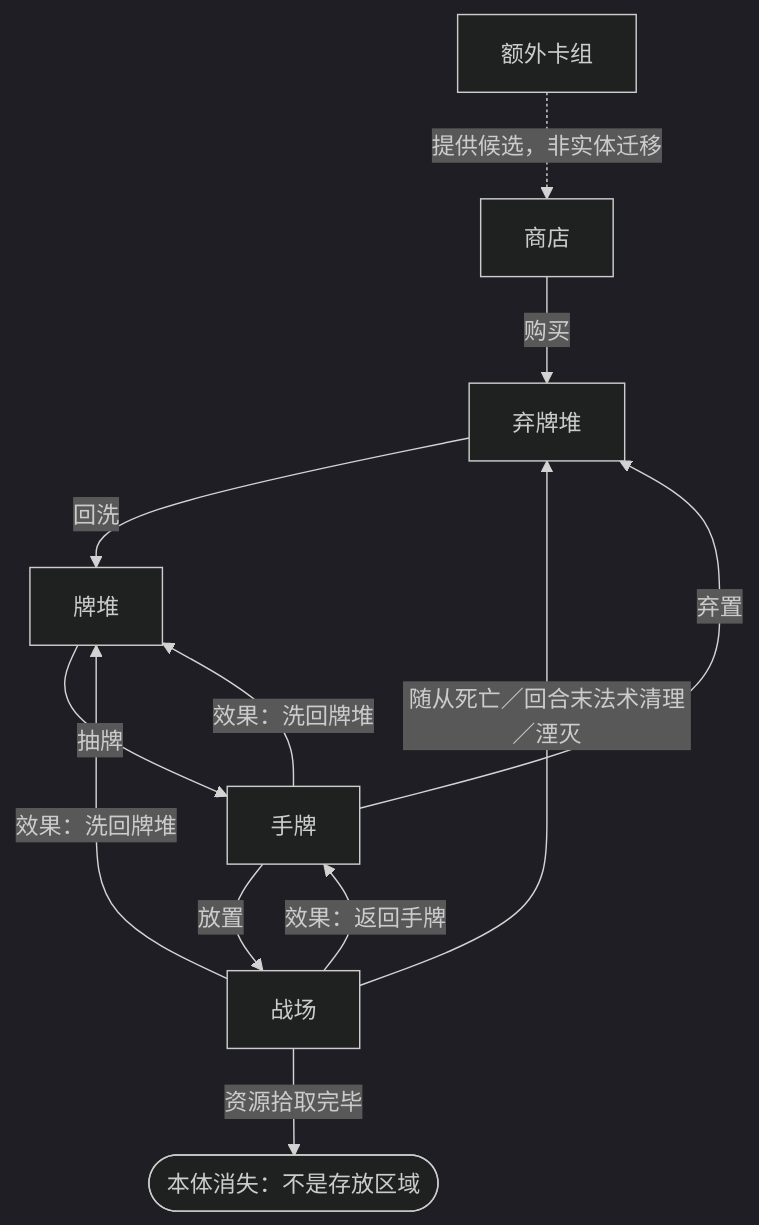
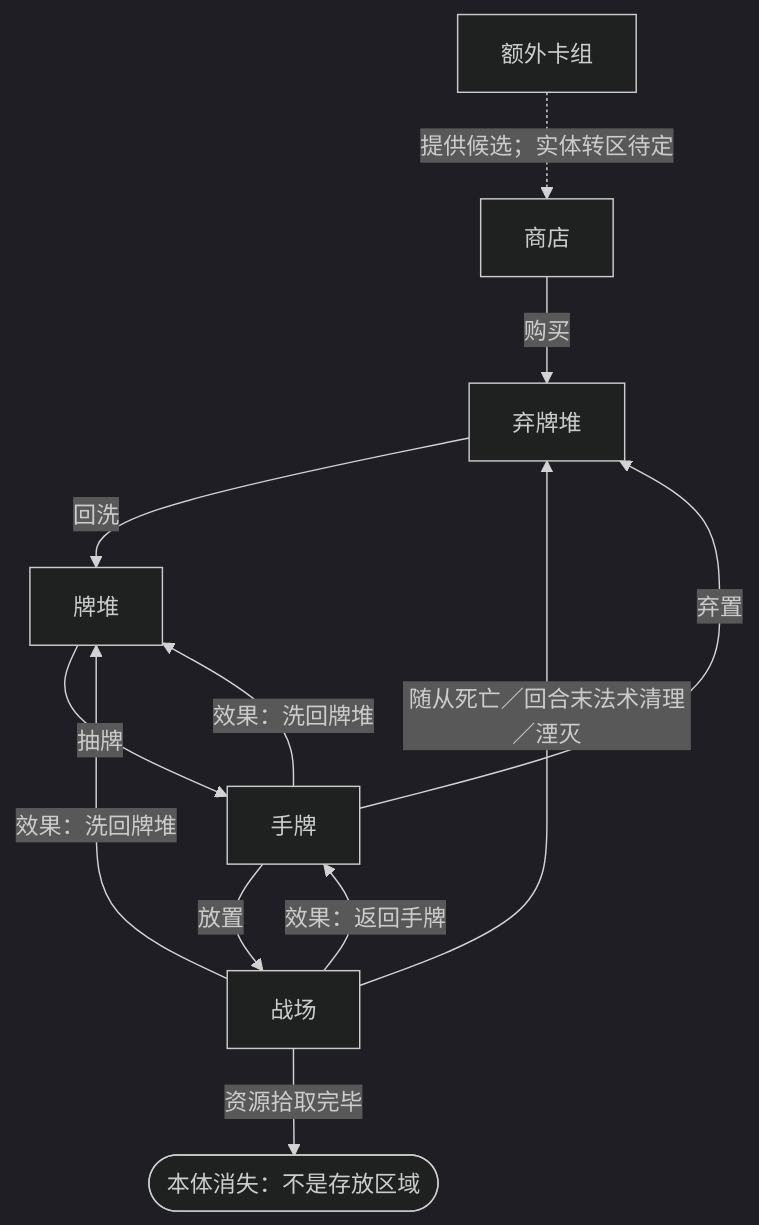
Before and after one commit to Time-Block-Hero/tbh-website: the first of 3 diagrams in docs/rules/common/elements.md, drawn with Mermaid (dark theme). The commit also changed other lines of this file and 12 other files, not shown here.

````diff
--- a/docs/rules/common/elements.md
+++ b/docs/rules/common/elements.md
@@ -181,14 +181,14 @@
 ```mermaid
 flowchart TD
-  extra["额外卡组"] -. "提供候选，非实体迁移" .-> shop["商店"]
+  extra["额外卡组"] -. "提供候选；实体转区待定" .-> shop["商店"]
   shop -->|购买| discard["弃牌堆"]
   discard -->|回洗| deck["牌堆"]
   deck -->|抽牌| hand["手牌"]
   hand -->|放置| field["战场"]
   hand -->|弃置| discard
   field -->|随从死亡／回合末法术清理／湮灭| discard
   field -->|效果：返回手牌| hand
   hand -->|效果：洗回牌堆| deck
   field -->|效果：洗回牌堆| deck
   field -->|资源拾取完毕| gone(["本体消失：不是存放区域"])
 ```
````
